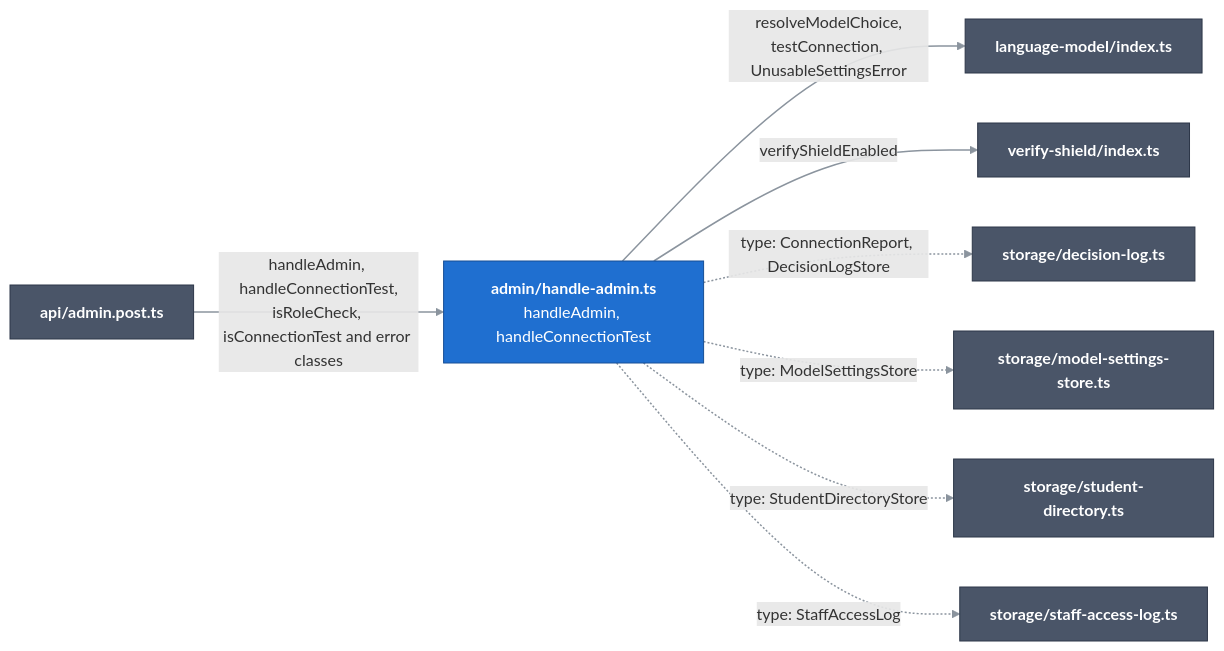
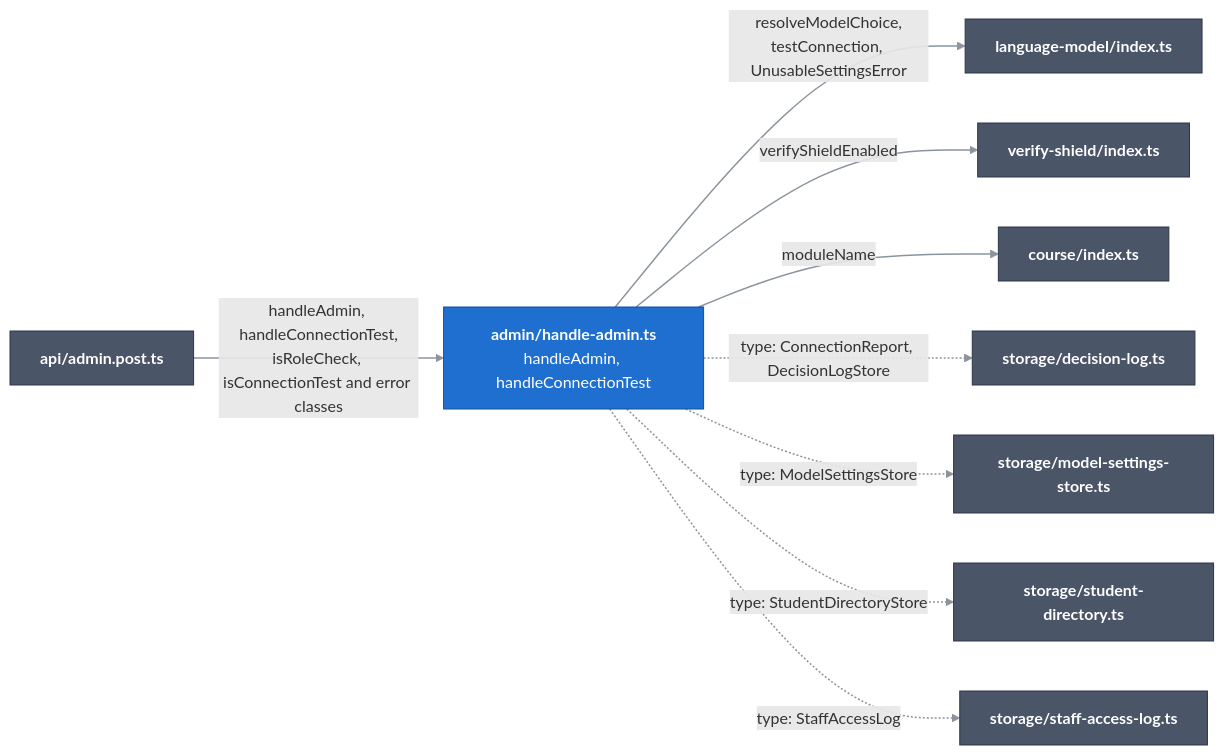
The diagram in docs/c4/03-components/server/09-admin.md (atuan1605/COS40005_HN9_Verifiable_Co-Learner_Agent), drawn with Mermaid before and after one commit. The commit also changed other lines of this file and 26 other files, not shown here.

Commit message:
Fix review findings: seed-based e2e figures, one module-name helper, shared student list panel, C4 (#313)

````diff
--- a/docs/c4/03-components/server/09-admin.md
+++ b/docs/c4/03-components/server/09-admin.md
@@ -11,23 +11,25 @@
 ```mermaid
 flowchart LR
   classDef comp fill:#1f6fd0,stroke:#164f96,color:#ffffff
   classDef near fill:#4a5568,stroke:#2d3748,color:#ffffff
   linkStyle default stroke:#8b949e,stroke-width:1.5px
 
   route["<b>api/admin.post.ts</b>"]:::near
   handle["<b>admin/handle-admin.ts</b><br/>handleAdmin, handleConnectionTest"]:::comp
   choice["<b>language-model/index.ts</b>"]:::near
   shield["<b>verify-shield/index.ts</b>"]:::near
   decisionLog["<b>storage/decision-log.ts</b>"]:::near
   settings["<b>storage/model-settings-store.ts</b>"]:::near
   directory["<b>storage/student-directory.ts</b>"]:::near
   accessLog["<b>storage/staff-access-log.ts</b>"]:::near
+  course["<b>course/index.ts</b>"]:::near
 
   route -->|"handleAdmin, handleConnectionTest,<br/>isRoleCheck, isConnectionTest and error classes"| handle
   handle -->|"resolveModelChoice,<br/>testConnection, UnusableSettingsError"| choice
   handle -->|"verifyShieldEnabled"| shield
+  handle -->|"moduleName"| course
   handle -.->|"type: ConnectionReport, DecisionLogStore"| decisionLog
   handle -.->|"type: ModelSettingsStore"| settings
   handle -.->|"type: StudentDirectoryStore"| directory
   handle -.->|"type: StaffAccessLog"| accessLog
 ```
````
